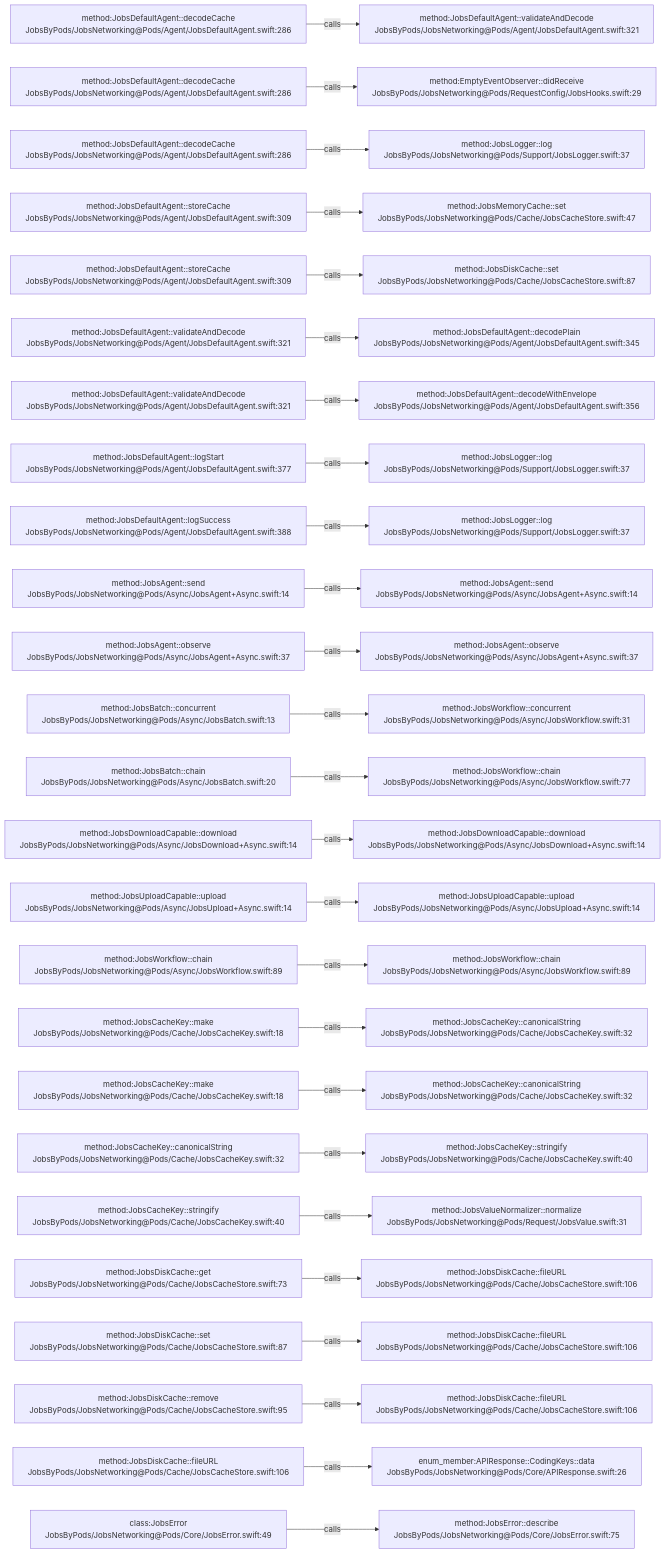
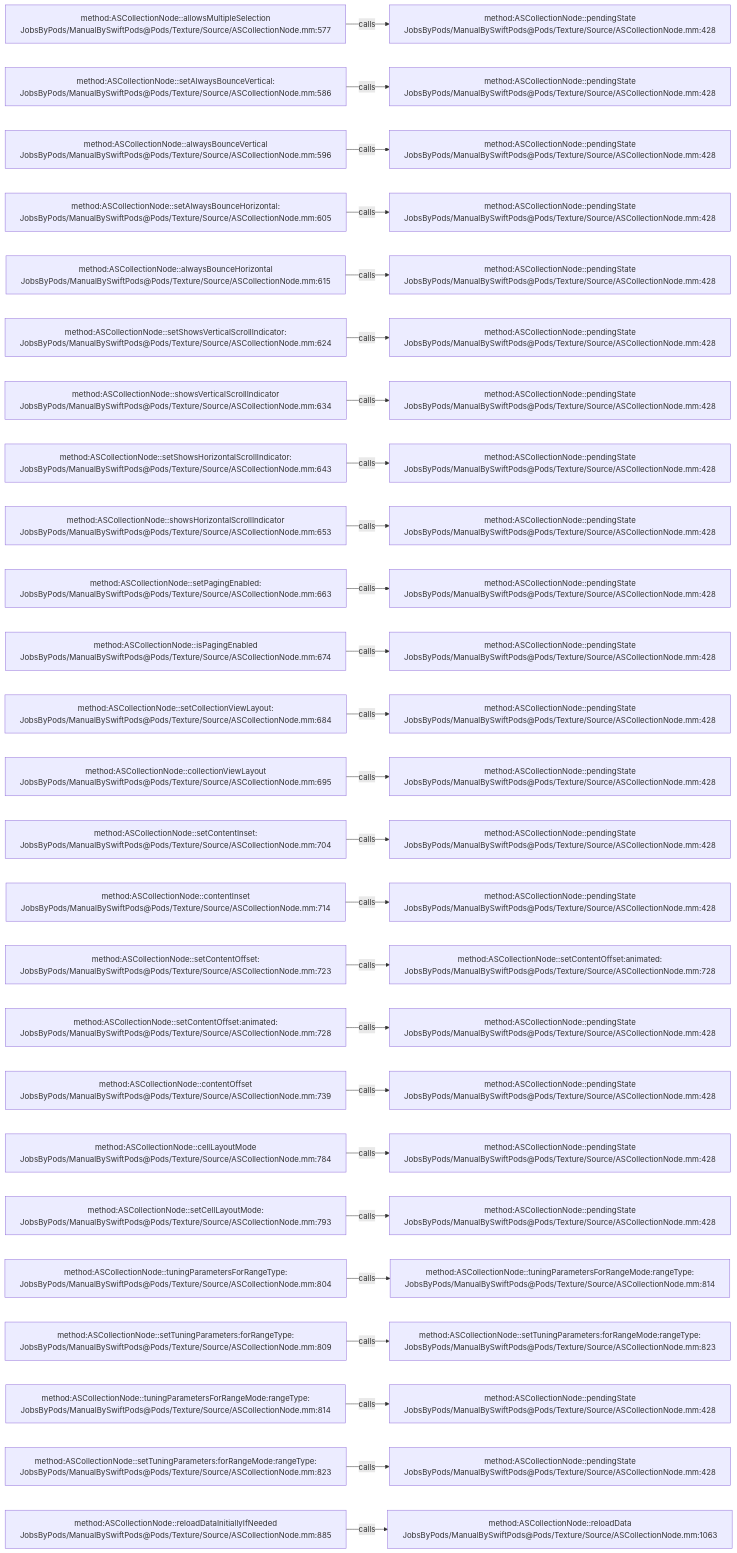
One commit to JobsKits/JobsSwiftBaseConfigDemo changed the diagram in .codegraph/codegraph.md/graphs/calls-009.md. Above: the diagram before and after it, drawn with Mermaid. The commit also changed 832 other files, not shown here.

````diff
--- a/.codegraph/codegraph.md/graphs/calls-009.md
+++ b/.codegraph/codegraph.md/graphs/calls-009.md
@@ -13,78 +13,78 @@
 ```mermaid
 flowchart LR
-  S1["method:JobsDefaultAgent::decodeCache<br/>JobsByPods/JobsNetworking@Pods/Agent/JobsDefaultAgent.swift:286"]
-  T1["method:JobsDefaultAgent::validateAndDecode<br/>JobsByPods/JobsNetworking@Pods/Agent/JobsDefaultAgent.swift:321"]
+  S1["method:ASCollectionNode::allowsMultipleSelection<br/>JobsByPods/ManualBySwiftPods@Pods/Texture/Source/ASCollectionNode.mm:577"]
+  T1["method:ASCollectionNode::pendingState<br/>JobsByPods/ManualBySwiftPods@Pods/Texture/Source/ASCollectionNode.mm:428"]
   S1 -->|calls| T1
-  S2["method:JobsDefaultAgent::decodeCache<br/>JobsByPods/JobsNetworking@Pods/Agent/JobsDefaultAgent.swift:286"]
-  T2["method:EmptyEventObserver::didReceive<br/>JobsByPods/JobsNetworking@Pods/RequestConfig/JobsHooks.swift:29"]
+  S2["method:ASCollectionNode::setAlwaysBounceVertical:<br/>JobsByPods/ManualBySwiftPods@Pods/Texture/Source/ASCollectionNode.mm:586"]
+  T2["method:ASCollectionNode::pendingState<br/>JobsByPods/ManualBySwiftPods@Pods/Texture/Source/ASCollectionNode.mm:428"]
   S2 -->|calls| T2
-  S3["method:JobsDefaultAgent::decodeCache<br/>JobsByPods/JobsNetworking@Pods/Agent/JobsDefaultAgent.swift:286"]
-  T3["method:JobsLogger::log<br/>JobsByPods/JobsNetworking@Pods/Support/JobsLogger.swift:37"]
+  S3["method:ASCollectionNode::alwaysBounceVertical<br/>JobsByPods/ManualBySwiftPods@Pods/Texture/Source/ASCollectionNode.mm:596"]
+  T3["method:ASCollectionNode::pendingState<br/>JobsByPods/ManualBySwiftPods@Pods/Texture/Source/ASCollectionNode.mm:428"]
   S3 -->|calls| T3
-  S4["method:JobsDefaultAgent::storeCache<br/>JobsByPods/JobsNetworking@Pods/Agent/JobsDefaultAgent.swift:309"]
-  T4["method:JobsMemoryCache::set<br/>JobsByPods/JobsNetworking@Pods/Cache/JobsCacheStore.swift:47"]
+  S4["method:ASCollectionNode::setAlwaysBounceHorizontal:<br/>JobsByPods/ManualBySwiftPods@Pods/Texture/Source/ASCollectionNode.mm:605"]
+  T4["method:ASCollectionNode::pendingState<br/>JobsByPods/ManualBySwiftPods@Pods/Texture/Source/ASCollectionNode.mm:428"]
   S4 -->|calls| T4
-  S5["method:JobsDefaultAgent::storeCache<br/>JobsByPods/JobsNetworking@Pods/Agent/JobsDefaultAgent.swift:309"]
-  T5["method:JobsDiskCache::set<br/>JobsByPods/JobsNetworking@Pods/Cache/JobsCacheStore.swift:87"]
+  S5["method:ASCollectionNode::alwaysBounceHorizontal<br/>JobsByPods/ManualBySwiftPods@Pods/Texture/Source/ASCollectionNode.mm:615"]
+  T5["method:ASCollectionNode::pendingState<br/>JobsByPods/ManualBySwiftPods@Pods/Texture/Source/ASCollectionNode.mm:428"]
   S5 -->|calls| T5
-  S6["method:JobsDefaultAgent::validateAndDecode<br/>JobsByPods/JobsNetworking@Pods/Agent/JobsDefaultAgent.swift:321"]
-  T6["method:JobsDefaultAgent::decodePlain<br/>JobsByPods/JobsNetworking@Pods/Agent/JobsDefaultAgent.swift:345"]
+  S6["method:ASCollectionNode::setShowsVerticalScrollIndicator:<br/>JobsByPods/ManualBySwiftPods@Pods/Texture/Source/ASCollectionNode.mm:624"]
+  T6["method:ASCollectionNode::pendingState<br/>JobsByPods/ManualBySwiftPods@Pods/Texture/Source/ASCollectionNode.mm:428"]
   S6 -->|calls| T6
-  S7["method:JobsDefaultAgent::validateAndDecode<br/>JobsByPods/JobsNetworking@Pods/Agent/JobsDefaultAgent.swift:321"]
-  T7["method:JobsDefaultAgent::decodeWithEnvelope<br/>JobsByPods/JobsNetworking@Pods/Agent/JobsDefaultAgent.swift:356"]
+  S7["method:ASCollectionNode::showsVerticalScrollIndicator<br/>JobsByPods/ManualBySwiftPods@Pods/Texture/Source/ASCollectionNode.mm:634"]
+  T7["method:ASCollectionNode::pendingState<br/>JobsByPods/ManualBySwiftPods@Pods/Texture/Source/ASCollectionNode.mm:428"]
   S7 -->|calls| T7
-  S8["method:JobsDefaultAgent::logStart<br/>JobsByPods/JobsNetworking@Pods/Agent/JobsDefaultAgent.swift:377"]
-  T8["method:JobsLogger::log<br/>JobsByPods/JobsNetworking@Pods/Support/JobsLogger.swift:37"]
+  S8["method:ASCollectionNode::setShowsHorizontalScrollIndicator:<br/>JobsByPods/ManualBySwiftPods@Pods/Texture/Source/ASCollectionNode.mm:643"]
+  T8["method:ASCollectionNode::pendingState<br/>JobsByPods/ManualBySwiftPods@Pods/Texture/Source/ASCollectionNode.mm:428"]
   S8 -->|calls| T8
-  S9["method:JobsDefaultAgent::logSuccess<br/>JobsByPods/JobsNetworking@Pods/Agent/JobsDefaultAgent.swift:388"]
-  T9["method:JobsLogger::log<br/>JobsByPods/JobsNetworking@Pods/Support/JobsLogger.swift:37"]
+  S9["method:ASCollectionNode::showsHorizontalScrollIndicator<br/>JobsByPods/ManualBySwiftPods@Pods/Texture/Source/ASCollectionNode.mm:653"]
+  T9["method:ASCollectionNode::pendingState<br/>JobsByPods/ManualBySwiftPods@Pods/Texture/Source/ASCollectionNode.mm:428"]
   S9 -->|calls| T9
-  S10["method:JobsAgent::send<br/>JobsByPods/JobsNetworking@Pods/Async/JobsAgent+Async.swift:14"]
-  T10["method:JobsAgent::send<br/>JobsByPods/JobsNetworking@Pods/Async/JobsAgent+Async.swift:14"]
+  S10["method:ASCollectionNode::setPagingEnabled:<br/>JobsByPods/ManualBySwiftPods@Pods/Texture/Source/ASCollectionNode.mm:663"]
+  T10["method:ASCollectionNode::pendingState<br/>JobsByPods/ManualBySwiftPods@Pods/Texture/Source/ASCollectionNode.mm:428"]
   S10 -->|calls| T10
-  S11["method:JobsAgent::observe<br/>JobsByPods/JobsNetworking@Pods/Async/JobsAgent+Async.swift:37"]
-  T11["method:JobsAgent::observe<br/>JobsByPods/JobsNetworking@Pods/Async/JobsAgent+Async.swift:37"]
+  S11["method:ASCollectionNode::isPagingEnabled<br/>JobsByPods/ManualBySwiftPods@Pods/Texture/Source/ASCollectionNode.mm:674"]
+  T11["method:ASCollectionNode::pendingState<br/>JobsByPods/ManualBySwiftPods@Pods/Texture/Source/ASCollectionNode.mm:428"]
   S11 -->|calls| T11
-  S12["method:JobsBatch::concurrent<br/>JobsByPods/JobsNetworking@Pods/Async/JobsBatch.swift:13"]
-  T12["method:JobsWorkflow::concurrent<br/>JobsByPods/JobsNetworking@Pods/Async/JobsWorkflow.swift:31"]
+  S12["method:ASCollectionNode::setCollectionViewLayout:<br/>JobsByPods/ManualBySwiftPods@Pods/Texture/Source/ASCollectionNode.mm:684"]
+  T12["method:ASCollectionNode::pendingState<br/>JobsByPods/ManualBySwiftPods@Pods/Texture/Source/ASCollectionNode.mm:428"]
   S12 -->|calls| T12
-  S13["method:JobsBatch::chain<br/>JobsByPods/JobsNetworking@Pods/Async/JobsBatch.swift:20"]
-  T13["method:JobsWorkflow::chain<br/>JobsByPods/JobsNetworking@Pods/Async/JobsWorkflow.swift:77"]
+  S13["method:ASCollectionNode::collectionViewLayout<br/>JobsByPods/ManualBySwiftPods@Pods/Texture/Source/ASCollectionNode.mm:695"]
+  T13["method:ASCollectionNode::pendingState<br/>JobsByPods/ManualBySwiftPods@Pods/Texture/Source/ASCollectionNode.mm:428"]
   S13 -->|calls| T13
-  S14["method:JobsDownloadCapable::download<br/>JobsByPods/JobsNetworking@Pods/Async/JobsDownload+Async.swift:14"]
-  T14["method:JobsDownloadCapable::download<br/>JobsByPods/JobsNetworking@Pods/Async/JobsDownload+Async.swift:14"]
+  S14["method:ASCollectionNode::setContentInset:<br/>JobsByPods/ManualBySwiftPods@Pods/Texture/Source/ASCollectionNode.mm:704"]
+  T14["method:ASCollectionNode::pendingState<br/>JobsByPods/ManualBySwiftPods@Pods/Texture/Source/ASCollectionNode.mm:428"]
   S14 -->|calls| T14
-  S15["method:JobsUploadCapable::upload<br/>JobsByPods/JobsNetworking@Pods/Async/JobsUpload+Async.swift:14"]
-  T15["method:JobsUploadCapable::upload<br/>JobsByPods/JobsNetworking@Pods/Async/JobsUpload+Async.swift:14"]
+  S15["method:ASCollectionNode::contentInset<br/>JobsByPods/ManualBySwiftPods@Pods/Texture/Source/ASCollectionNode.mm:714"]
+  T15["method:ASCollectionNode::pendingState<br/>JobsByPods/ManualBySwiftPods@Pods/Texture/Source/ASCollectionNode.mm:428"]
   S15 -->|calls| T15
-  S16["method:JobsWorkflow::chain<br/>JobsByPods/JobsNetworking@Pods/Async/JobsWorkflow.swift:89"]
-  T16["method:JobsWorkflow::chain<br/>JobsByPods/JobsNetworking@Pods/Async/JobsWorkflow.swift:89"]
+  S16["method:ASCollectionNode::setContentOffset:<br/>JobsByPods/ManualBySwiftPods@Pods/Texture/Source/ASCollectionNode.mm:723"]
+  T16["method:ASCollectionNode::setContentOffset:animated:<br/>JobsByPods/ManualBySwiftPods@Pods/Texture/Source/ASCollectionNode.mm:728"]
   S16 -->|calls| T16
-  S17["method:JobsCacheKey::make<br/>JobsByPods/JobsNetworking@Pods/Cache/JobsCacheKey.swift:18"]
-  T17["method:JobsCacheKey::canonicalString<br/>JobsByPods/JobsNetworking@Pods/Cache/JobsCacheKey.swift:32"]
+  S17["method:ASCollectionNode::setContentOffset:animated:<br/>JobsByPods/ManualBySwiftPods@Pods/Texture/Source/ASCollectionNode.mm:728"]
+  T17["method:ASCollectionNode::pendingState<br/>JobsByPods/ManualBySwiftPods@Pods/Texture/Source/ASCollectionNode.mm:428"]
   S17 -->|calls| T17
-  S18["method:JobsCacheKey::make<br/>JobsByPods/JobsNetworking@Pods/Cache/JobsCacheKey.swift:18"]
-  T18["method:JobsCacheKey::canonicalString<br/>JobsByPods/JobsNetworking@Pods/Cache/JobsCacheKey.swift:32"]
+  S18["method:ASCollectionNode::contentOffset<br/>JobsByPods/ManualBySwiftPods@Pods/Texture/Source/ASCollectionNode.mm:739"]
+  T18["method:ASCollectionNode::pendingState<br/>JobsByPods/ManualBySwiftPods@Pods/Texture/Source/ASCollectionNode.mm:428"]
   S18 -->|calls| T18
-  S19["method:JobsCacheKey::canonicalString<br/>JobsByPods/JobsNetworking@Pods/Cache/JobsCacheKey.swift:32"]
-  T19["method:JobsCacheKey::stringify<br/>JobsByPods/JobsNetworking@Pods/Cache/JobsCacheKey.swift:40"]
+  S19["method:ASCollectionNode::cellLayoutMode<br/>JobsByPods/ManualBySwiftPods@Pods/Texture/Source/ASCollectionNode.mm:784"]
+  T19["method:ASCollectionNode::pendingState<br/>JobsByPods/ManualBySwiftPods@Pods/Texture/Source/ASCollectionNode.mm:428"]
   S19 -->|calls| T19
-  S20["method:JobsCacheKey::stringify<br/>JobsByPods/JobsNetworking@Pods/Cache/JobsCacheKey.swift:40"]
-  T20["method:JobsValueNormalizer::normalize<br/>JobsByPods/JobsNetworking@Pods/Request/JobsValue.swift:31"]
+  S20["method:ASCollectionNode::setCellLayoutMode:<br/>JobsByPods/ManualBySwiftPods@Pods/Texture/Source/ASCollectionNode.mm:793"]
+  T20["method:ASCollectionNode::pendingState<br/>JobsByPods/ManualBySwiftPods@Pods/Texture/Source/ASCollectionNode.mm:428"]
   S20 -->|calls| T20
-  S21["method:JobsDiskCache::get<br/>JobsByPods/JobsNetworking@Pods/Cache/JobsCacheStore.swift:73"]
-  T21["method:JobsDiskCache::fileURL<br/>JobsByPods/JobsNetworking@Pods/Cache/JobsCacheStore.swift:106"]
+  S21["method:ASCollectionNode::tuningParametersForRangeType:<br/>JobsByPods/ManualBySwiftPods@Pods/Texture/Source/ASCollectionNode.mm:804"]
+  T21["method:ASCollectionNode::tuningParametersForRangeMode:rangeType:<br/>JobsByPods/ManualBySwiftPods@Pods/Texture/Source/ASCollectionNode.mm:814"]
   S21 -->|calls| T21
-  S22["method:JobsDiskCache::set<br/>JobsByPods/JobsNetworking@Pods/Cache/JobsCacheStore.swift:87"]
-  T22["method:JobsDiskCache::fileURL<br/>JobsByPods/JobsNetworking@Pods/Cache/JobsCacheStore.swift:106"]
+  S22["method:ASCollectionNode::setTuningParameters:forRangeType:<br/>JobsByPods/ManualBySwiftPods@Pods/Texture/Source/ASCollectionNode.mm:809"]
+  T22["method:ASCollectionNode::setTuningParameters:forRangeMode:rangeType:<br/>JobsByPods/ManualBySwiftPods@Pods/Texture/Source/ASCollectionNode.mm:823"]
   S22 -->|calls| T22
-  S23["method:JobsDiskCache::remove<br/>JobsByPods/JobsNetworking@Pods/Cache/JobsCacheStore.swift:95"]
-  T23["method:JobsDiskCache::fileURL<br/>JobsByPods/JobsNetworking@Pods/Cache/JobsCacheStore.swift:106"]
+  S23["method:ASCollectionNode::tuningParametersForRangeMode:rangeType:<br/>JobsByPods/ManualBySwiftPods@Pods/Texture/Source/ASCollectionNode.mm:814"]
+  T23["method:ASCollectionNode::pendingState<br/>JobsByPods/ManualBySwiftPods@Pods/Texture/Source/ASCollectionNode.mm:428"]
   S23 -->|calls| T23
-  S24["method:JobsDiskCache::fileURL<br/>JobsByPods/JobsNetworking@Pods/Cache/JobsCacheStore.swift:106"]
-  T24["enum_member:APIResponse::CodingKeys::data<br/>JobsByPods/JobsNetworking@Pods/Core/APIResponse.swift:26"]
+  S24["method:ASCollectionNode::setTuningParameters:forRangeMode:rangeType:<br/>JobsByPods/ManualBySwiftPods@Pods/Texture/Source/ASCollectionNode.mm:823"]
+  T24["method:ASCollectionNode::pendingState<br/>JobsByPods/ManualBySwiftPods@Pods/Texture/Source/ASCollectionNode.mm:428"]
   S24 -->|calls| T24
-  S25["class:JobsError<br/>JobsByPods/JobsNetworking@Pods/Core/JobsError.swift:49"]
-  T25["method:JobsError::describe<br/>JobsByPods/JobsNetworking@Pods/Core/JobsError.swift:75"]
+  S25["method:ASCollectionNode::reloadDataInitiallyIfNeeded<br/>JobsByPods/ManualBySwiftPods@Pods/Texture/Source/ASCollectionNode.mm:885"]
+  T25["method:ASCollectionNode::reloadData<br/>JobsByPods/ManualBySwiftPods@Pods/Texture/Source/ASCollectionNode.mm:1063"]
   S25 -->|calls| T25
 ```
````
